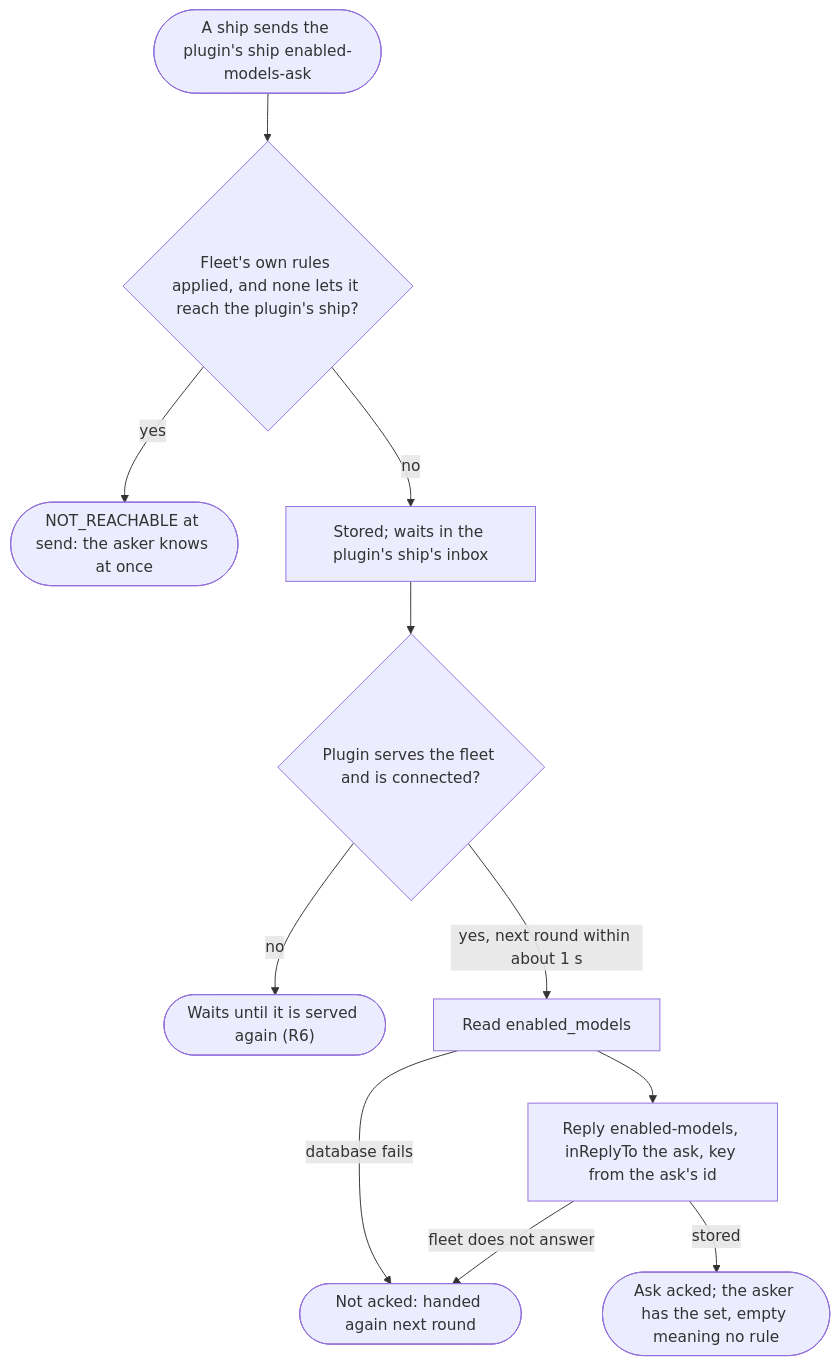
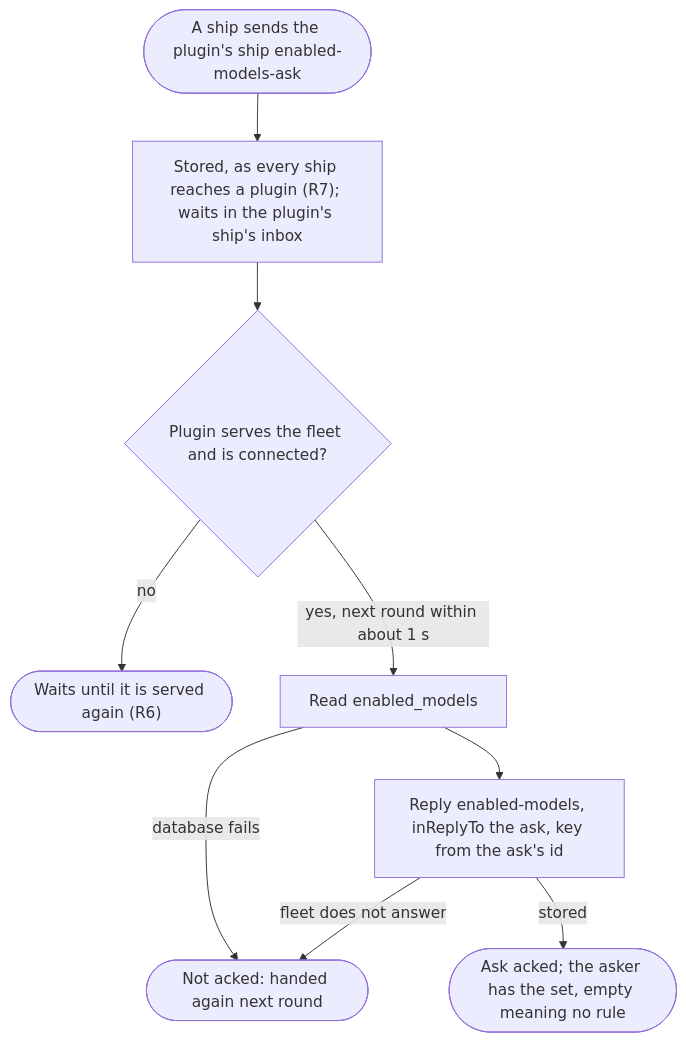
One commit to ThomasHendrickx/aeolus-fleet-trierarch-plugin changed the first of 2 diagrams in docs/design/enabled-models-for-ships.md. Above: the diagram before and after it, drawn with Mermaid. The commit also changed other lines of this file, not shown here.

Commit message:
Design #57: Q6 answered (plugins are always reachable, both ways)

````diff
--- a/docs/design/enabled-models-for-ships.md
+++ b/docs/design/enabled-models-for-ships.md
@@ -66,13 +66,11 @@
 ```mermaid
 flowchart TD
-  ask(["A ship sends the plugin's ship enabled-models-ask"]) --> reach{"Fleet's own rules applied, and none lets it reach the plugin's ship?"}
-  reach -->|yes| refused(["NOT_REACHABLE at send: the asker knows at once"])
-  reach -->|no| stored["Stored; waits in the plugin's ship's inbox"]
+  ask(["A ship sends the plugin's ship enabled-models-ask"]) --> stored["Stored, as every ship reaches a plugin (R7); waits in the plugin's ship's inbox"]
   stored --> served{"Plugin serves the fleet and is connected?"}
   served -->|no| waits(["Waits until it is served again (R6)"])
   served -->|"yes, next round within about 1 s"| read["Read enabled_models"]
   read -->|"database fails"| again(["Not acked: handed again next round"])
   read --> reply["Reply enabled-models, inReplyTo the ask, key from the ask's id"]
   reply -->|"fleet does not answer"| again
   reply -->|stored| ack(["Ask acked; the asker has the set, empty meaning no rule"])
 ```
````
